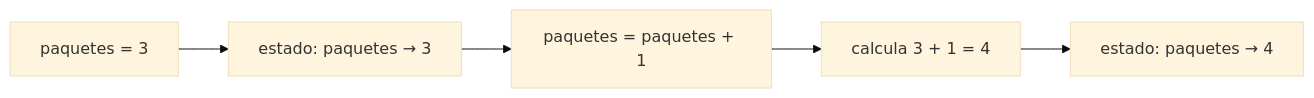
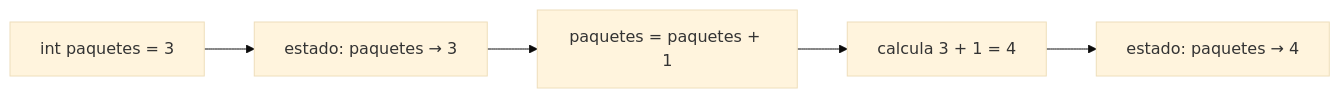
Before and after one commit to NICORUIZ93/The_Imperial_Book: the second of 7 diagrams in web/public/content/foundations/modulo-1.md, drawn with Mermaid (base theme). The commit also changed other lines of this file and 4 other files, not shown here.

````diff
--- a/web/public/content/foundations/modulo-1.md
+++ b/web/public/content/foundations/modulo-1.md
@@ -326,7 +369,7 @@
 ```mermaid
 flowchart LR
-  L1["paquetes = 3"] --> S1["estado: paquetes → 3"]
+  L1["int paquetes = 3"] --> S1["estado: paquetes → 3"]
   S1 --> L2["paquetes = paquetes + 1"]
   L2 --> C["calcula 3 + 1 = 4"]
   C --> S2["estado: paquetes → 4"]
 ```
````
